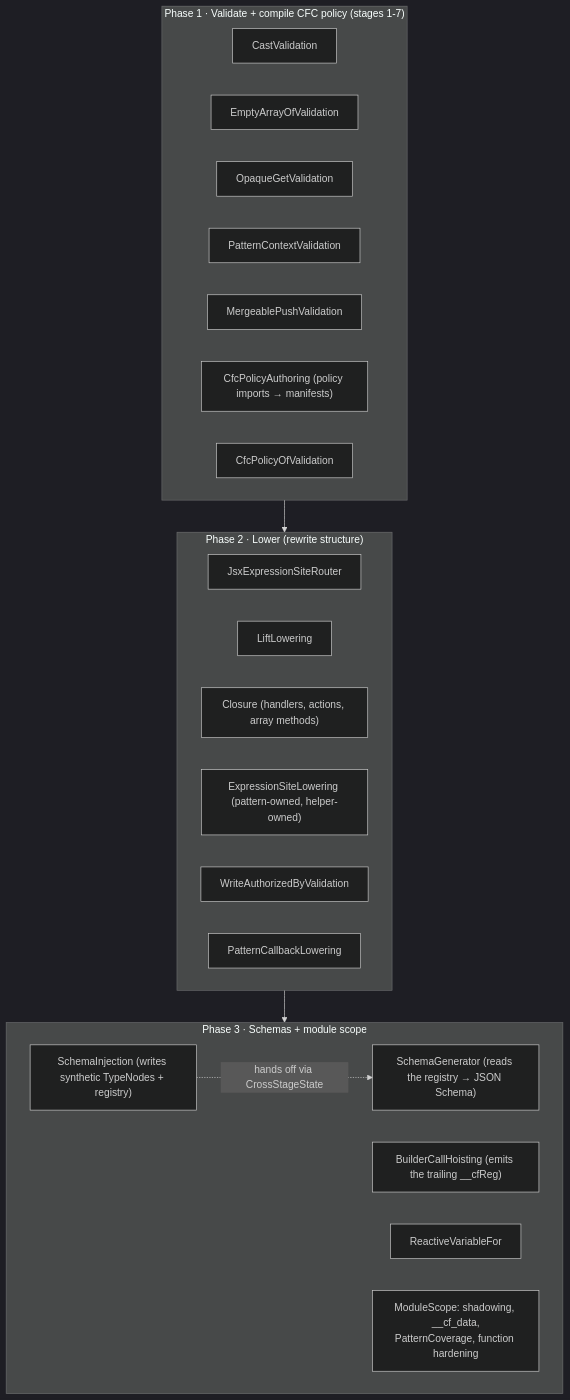
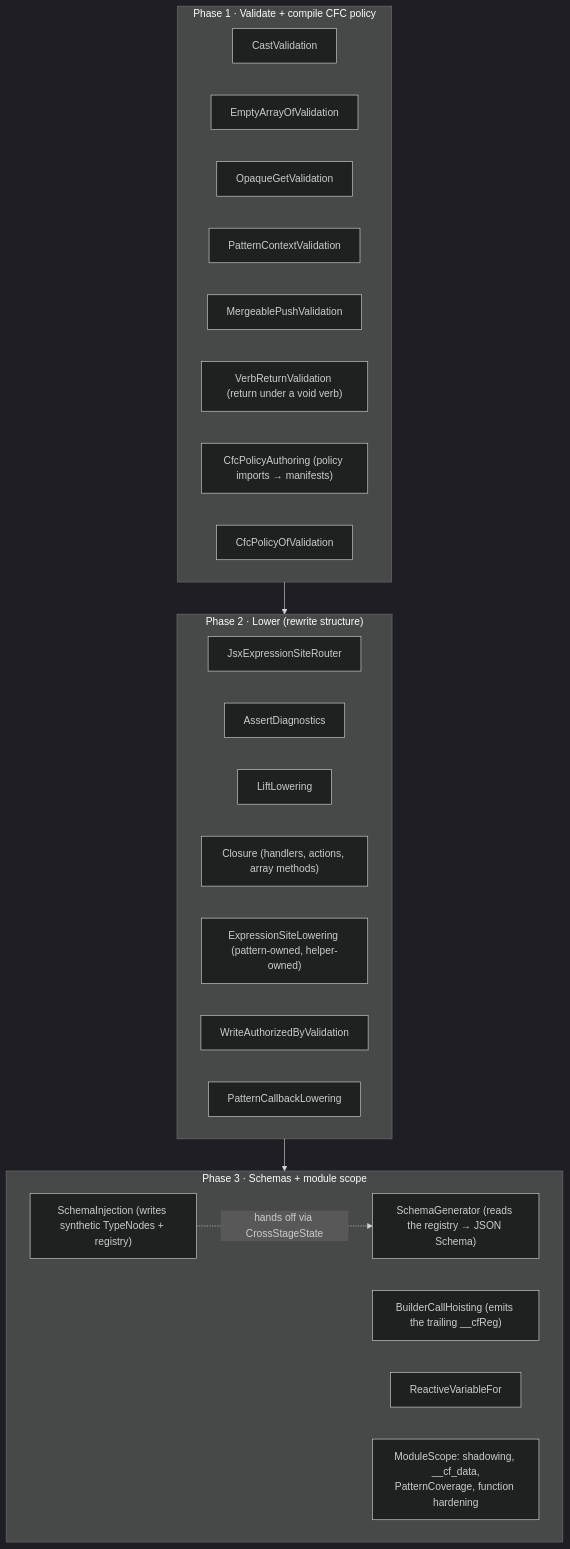
Before and after one commit to Hixie/commontoolsinc.labs: the third of 5 diagrams in docs/development/orientation/compile-pipeline.md, drawn with Mermaid (dark theme). The commit also changed 8 other files, not shown here.

````diff
--- a/docs/development/orientation/compile-pipeline.md
+++ b/docs/development/orientation/compile-pipeline.md
@@ -99,29 +99,31 @@
 ```mermaid
 flowchart TB
-    subgraph p1["Phase 1 · Validate + compile CFC policy (stages 1-7)"]
+    subgraph p1["Phase 1 · Validate + compile CFC policy"]
         v1["CastValidation"]
         v2["EmptyArrayOfValidation"]
         v3["OpaqueGetValidation"]
         v4["PatternContextValidation"]
         v5["MergeablePushValidation"]
+        v5b["VerbReturnValidation (return under a void verb)"]
         v6["CfcPolicyAuthoring (policy imports → manifests)"]
         v7["CfcPolicyOfValidation"]
     end
     subgraph p2["Phase 2 · Lower (rewrite structure)"]
         l1["JsxExpressionSiteRouter"]
+        l1b["AssertDiagnostics"]
         l2["LiftLowering"]
         l3["Closure (handlers, actions, array methods)"]
         l4["ExpressionSiteLowering (pattern-owned, helper-owned)"]
         l4b["WriteAuthorizedByValidation"]
         l5["PatternCallbackLowering"]
     end
     subgraph p3["Phase 3 · Schemas + module scope"]
         s1["SchemaInjection (writes synthetic TypeNodes + registry)"]
         s2["BuilderCallHoisting (emits the trailing __cfReg)"]
         s3["SchemaGenerator (reads the registry → JSON Schema)"]
         s4["ReactiveVariableFor"]
         s5["ModuleScope: shadowing, __cf_data,<br/>PatternCoverage, function hardening"]
     end
     p1 --> p2 --> p3
     s1 -.->|"hands off via CrossStageState"| s3
 ```
````
